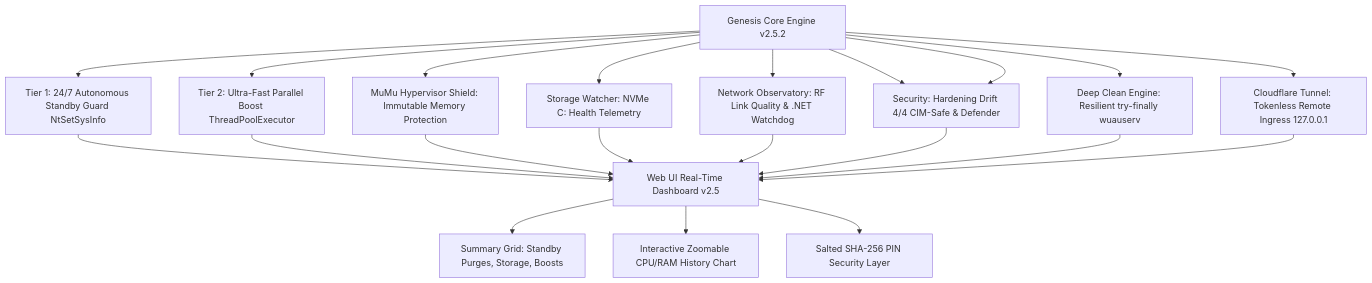
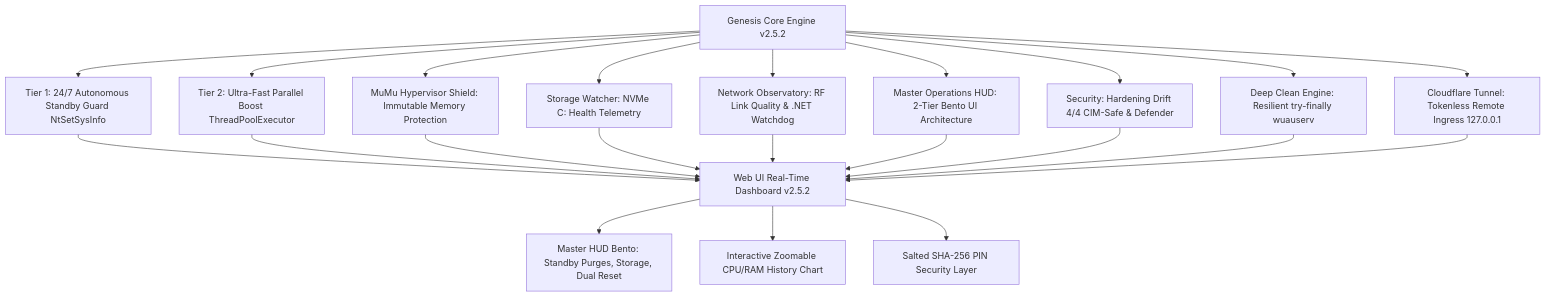
Before and after one commit to vxmpie/Genesis: the diagram in PROJECT_REPORT.md, drawn with Mermaid. The commit also changed other lines of this file, not shown here.

Commit message:
docs: finalize v2.5.2 project report with master bento HUD and hypervisor shield matrix

````diff
--- a/PROJECT_REPORT.md
+++ b/PROJECT_REPORT.md
@@ -50,25 +50,26 @@
 ```mermaid
 graph TD
     A[Genesis Core Engine v2.5.2] --> B[Tier 1: 24/7 Autonomous Standby Guard NtSetSysInfo]
     A --> C[Tier 2: Ultra-Fast Parallel Boost ThreadPoolExecutor]
     A --> D[MuMu Hypervisor Shield: Immutable Memory Protection]
     A --> E[Storage Watcher: NVMe C: Health Telemetry]
     A --> F[Network Observatory: RF Link Quality & .NET Watchdog]
     A --> G[Master Operations HUD: 2-Tier Bento UI Architecture]
-    A --> G[Security: Hardening Drift 4/4 CIM-Safe & Defender]
-    A --> H[Deep Clean Engine: Resilient try-finally wuauserv]
-    A --> I[Cloudflare Tunnel: Tokenless Remote Ingress 127.0.0.1]
+    A --> H[Security: Hardening Drift 4/4 CIM-Safe & Defender]
+    A --> I[Deep Clean Engine: Resilient try-finally wuauserv]
+    A --> J[Cloudflare Tunnel: Tokenless Remote Ingress 127.0.0.1]
     
-    B --> J[Web UI Real-Time Dashboard v2.5]
-    C --> J
-    D --> J
-    E --> J
-    F --> J
-    G --> J
-    H --> J
-    I --> J
+    B --> K[Web UI Real-Time Dashboard v2.5.2]
+    C --> K
+    D --> K
+    E --> K
+    F --> K
+    G --> K
+    H --> K
+    I --> K
+    J --> K
     
-    J --> K[Summary Grid: Standby Purges, Storage, Boosts]
-    J --> L[Interactive Zoomable CPU/RAM History Chart]
-    J --> M[Salted SHA-256 PIN Security Layer]
+    K --> L[Master HUD Bento: Standby Purges, Storage, Dual Reset]
+    K --> M[Interactive Zoomable CPU/RAM History Chart]
+    K --> N[Salted SHA-256 PIN Security Layer]
 ```
````
